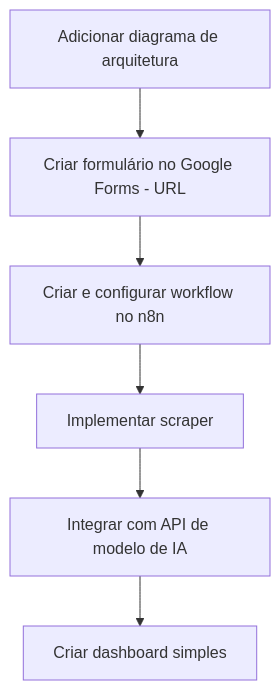
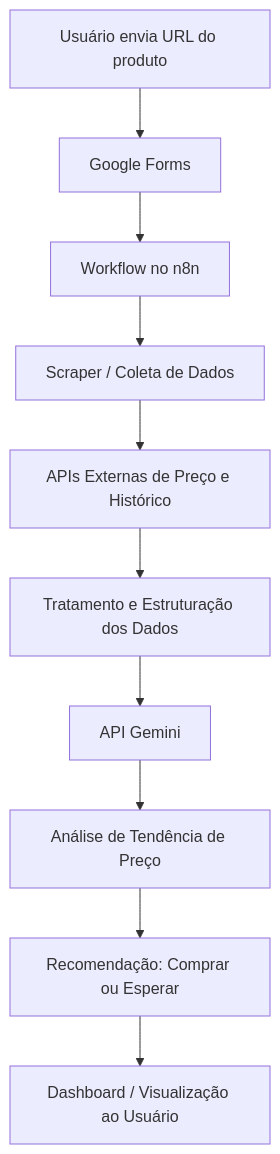
Before and after one commit to Srsups/monitor-precos: the diagram in README.md, drawn with Mermaid.

Commit message:
Revise architecture diagram in README
Updated architecture diagram to reflect new workflow and data processing steps.

````diff
--- a/README.md
+++ b/README.md
@@ -14,8 +14,19 @@
 ```mermaid
 flowchart TD
-    A[Adicionar diagrama de arquitetura] --> B[Criar formulário no Google Forms - URL]
-    B --> C[Criar e configurar workflow no n8n]
-    C --> D[Implementar scraper]
-    D --> E[Integrar com API de modelo de IA]
-    E --> F[Criar dashboard simples]
+
+    A["Usuário envia URL do produto"] --> B["Google Forms"]
+
+    B --> C["Workflow no n8n"]
+
+    C --> D["Scraper / Coleta de Dados"]
+
+    D --> E["APIs Externas de Preço e Histórico"]
+    E --> F["Tratamento e Estruturação dos Dados"]
+
+    F --> G["API Gemini"]
+
+    G --> H["Análise de Tendência de Preço"]
+    H --> I["Recomendação: Comprar ou Esperar"]
+
+    I --> J["Dashboard / Visualização ao Usuário"]
 ```
````
